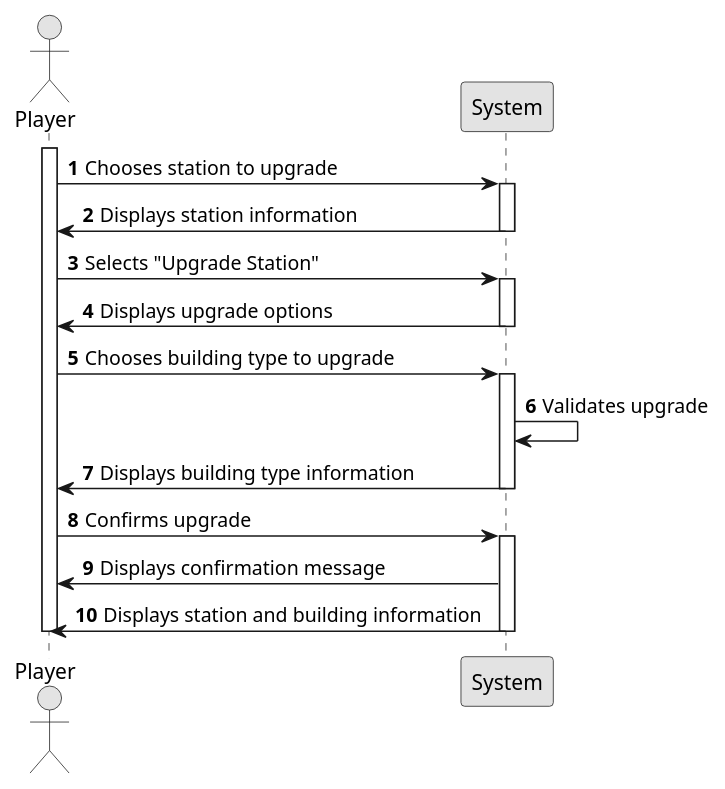
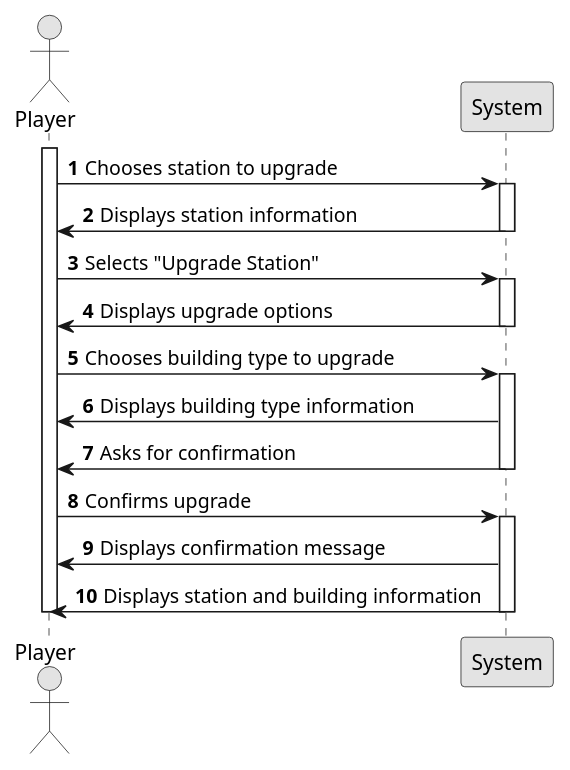
The diagram in docs/system-documentation/Sprint 1/US06/01.requirements-engineering/puml/US006-SSD.puml (HenriqueSilva18/Railway-Network-Simulator), drawn with PlantUML before and after one commit. The commit also changed 8 other files, not shown here.

```diff
--- a/docs/system-documentation/Sprint 1/US06/01.requirements-engineering/puml/US006-SSD.puml
+++ b/docs/system-documentation/Sprint 1/US06/01.requirements-engineering/puml/US006-SSD.puml
@@ -1,34 +1,34 @@
 @startuml
 skinparam monochrome true
 skinparam packageStyle rectangle
 skinparam shadowing false
 
 autonumber
 
 actor "Player" as player
 participant "System" as system
 
 activate player
 
     player -> system : Chooses station to upgrade
         activate system
         system -> player: Displays station information
         deactivate system
 
     player -> system: Selects "Upgrade Station"
         activate system
         system -> player: Displays upgrade options
         deactivate system
     player -> system: Chooses building type to upgrade
         activate system
-        system -> system: Validates upgrade
         system -> player: Displays building type information
+        system -> player: Asks for confirmation
         deactivate system
     player -> system: Confirms upgrade
         activate system
         system -> player: Displays confirmation message
         system -> player: Displays station and building information
         deactivate system
 
 deactivate player
 @enduml
```
